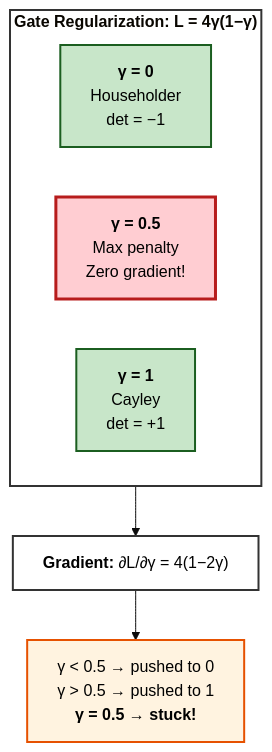
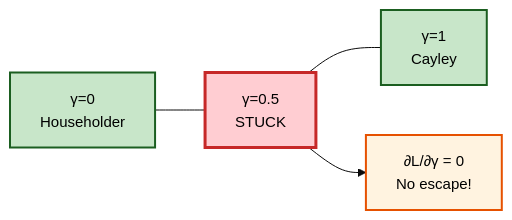
Before and after one commit to arash-shahmansoori/edelta: the sixth of 7 diagrams in docs/RESEARCH.md, drawn with Mermaid.

Commit message:
Compress Figure 5 with shorter labels, no text cutting

````diff
--- a/docs/RESEARCH.md
+++ b/docs/RESEARCH.md
@@ -1104,20 +1104,11 @@
 ```mermaid
-%%{init: {'theme': 'base', 'themeVariables': { 'fontSize': '16px', 'fontFamily': 'Arial', 'primaryTextColor': '#000000'}}}%%
-flowchart TB
-    subgraph REG["<b>Gate Regularization: L = 4γ(1−γ)</b>"]
-        direction LR
-        G0["<b>γ = 0</b><br/>Householder<br/>det = −1"]
-        G05["<b>γ = 0.5</b><br/>Max penalty<br/>Zero gradient!"]
-        G1["<b>γ = 1</b><br/>Cayley<br/>det = +1"]
-    end
-    
-    REG --> GRAD["<b>Gradient:</b> ∂L/∂γ = 4(1−2γ)"]
-    GRAD --> RES["γ < 0.5 → pushed to 0<br/>γ > 0.5 → pushed to 1<br/><b>γ = 0.5 → stuck!</b>"]
+%%{init: {'theme': 'base', 'themeVariables': { 'fontSize': '15px', 'fontFamily': 'Arial', 'primaryTextColor': '#000'}}}%%
+flowchart LR
+    G0["γ=0<br/>Householder"] --- G05["γ=0.5<br/>STUCK"] --- G1["γ=1<br/>Cayley"]
+    G05 --> OUT["∂L/∂γ = 0<br/>No escape!"]
     
     style G0 fill:#c8e6c9,stroke:#1b5e20,stroke-width:2px
-    style G05 fill:#ffcdd2,stroke:#b71c1c,stroke-width:3px
+    style G05 fill:#ffcdd2,stroke:#c62828,stroke-width:3px
     style G1 fill:#c8e6c9,stroke:#1b5e20,stroke-width:2px
-    style REG fill:#ffffff,stroke:#333333,stroke-width:2px
-    style GRAD fill:#ffffff,stroke:#333333,stroke-width:2px
-    style RES fill:#fff3e0,stroke:#e65100,stroke-width:2px
+    style OUT fill:#fff3e0,stroke:#e65100,stroke-width:2px
 ```
````
